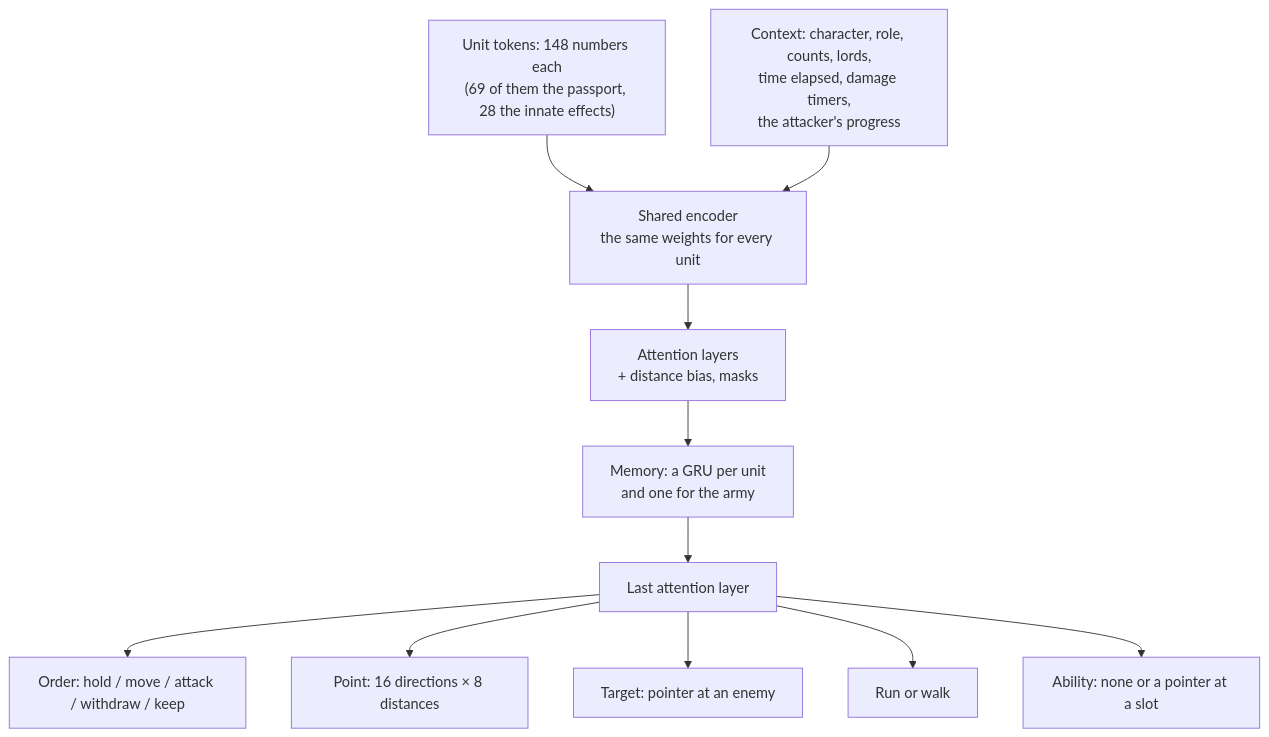
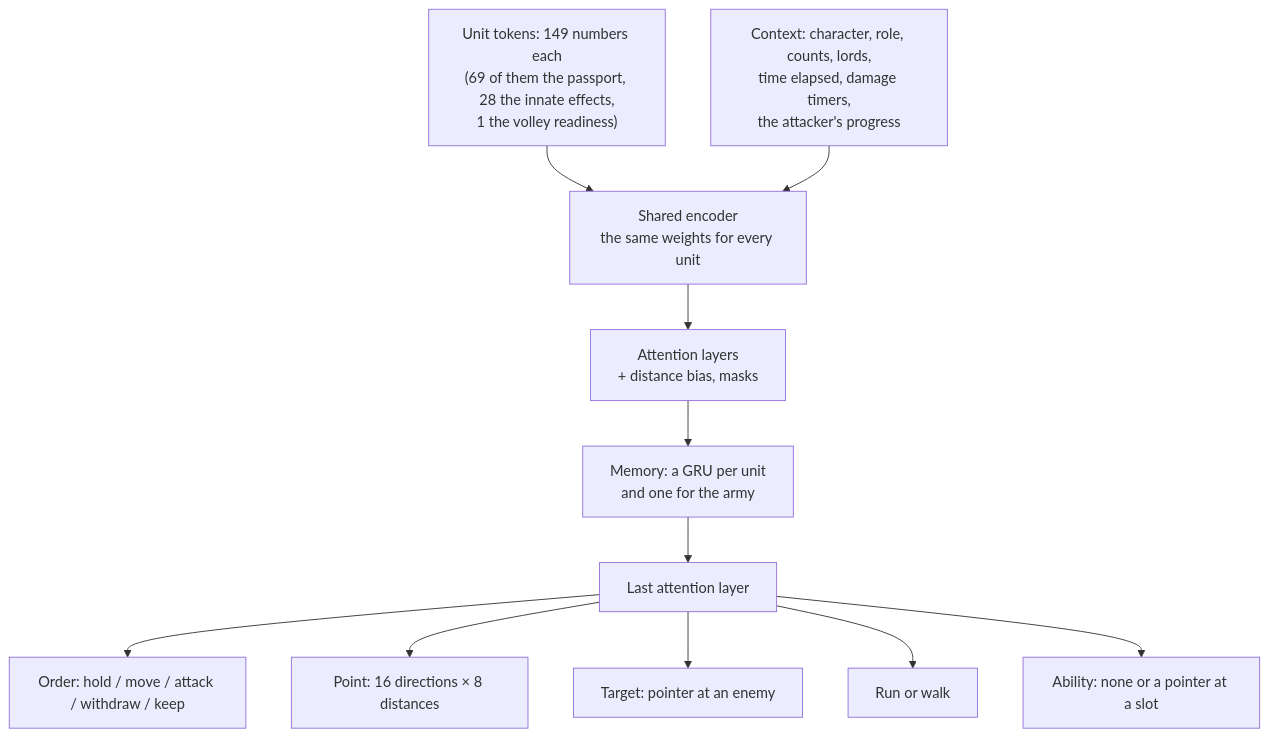
Before and after one commit to DimaZero7/TWW3-batle-ai: the second of 2 diagrams in docs/en/training/model.md, drawn with Mermaid. The commit also changed other lines of this file and 8 other files, not shown here.

First line of the commit message:
Input volley_ready: seconds since the unit's ammo last fell / its reload, computed at decisions in sim and game

````diff
--- a/docs/en/training/model.md
+++ b/docs/en/training/model.md
@@ -180,13 +209,13 @@
 ```mermaid
 flowchart TB
-  tok["Unit tokens: 148 numbers each<br/>(69 of them the passport, 28 the innate effects)"] --> enc["Shared encoder<br/>the same weights for every unit"]
+  tok["Unit tokens: 149 numbers each<br/>(69 of them the passport, 28 the innate effects,<br/>1 the volley readiness)"] --> enc["Shared encoder<br/>the same weights for every unit"]
   ctx["Context: character, role, counts, lords,<br/>time elapsed, damage timers,<br/>the attacker's progress"] --> enc
   enc --> att["Attention layers<br/>+ distance bias, masks"]
   att --> gru["Memory: a GRU per unit<br/>and one for the army"]
   gru --> last["Last attention layer"]
   last --> kind["Order: hold / move / attack / withdraw / keep"]
   last --> point["Point: 16 directions × 8 distances"]
   last --> ptr["Target: pointer at an enemy"]
   last --> run["Run or walk"]
   last --> abil["Ability: none or a pointer at a slot"]
 ```
````
